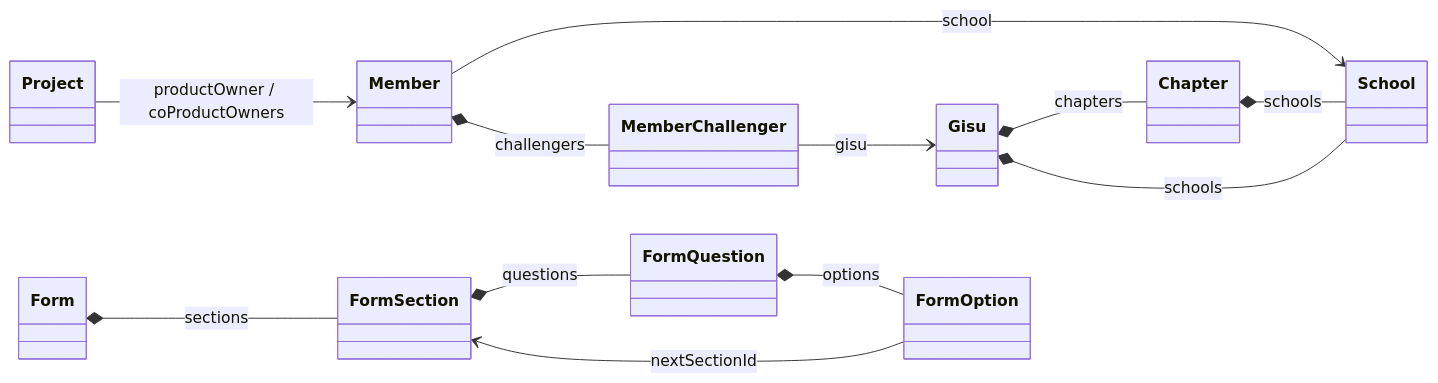
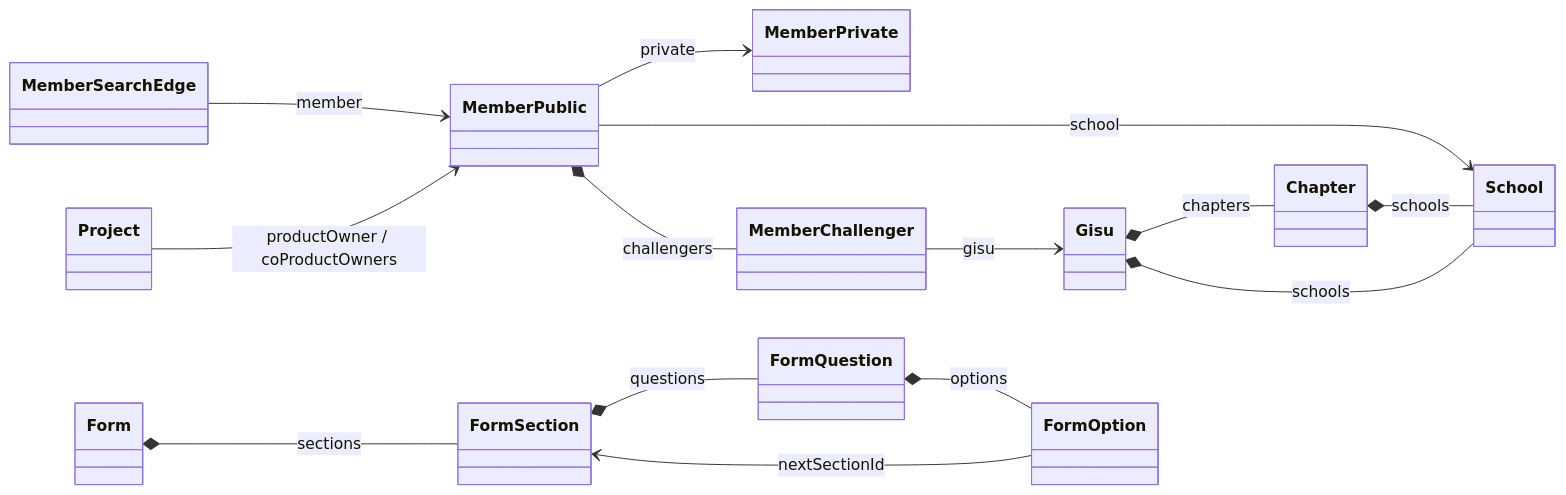
Before and after one commit to UMC-PRODUCT/cygnus-server: the second of 5 diagrams in docs/onboarding/graphql/schema-relationships.md, drawn with Mermaid. The commit also changed other lines of this file and 151 other files, not shown here.

Commit message:
refactor: GraphQL canonical resource 구조 재설계

````diff
--- a/docs/onboarding/graphql/schema-relationships.md
+++ b/docs/onboarding/graphql/schema-relationships.md
@@ -72,27 +72,31 @@
 ```mermaid
 classDiagram
   direction LR
 
-  class Member
+  class MemberPublic
+  class MemberPrivate
+  class MemberSearchEdge
   class MemberChallenger
   class Gisu
   class Chapter
   class School
   class Form
   class FormSection
   class FormQuestion
   class FormOption
   class Project
 
-  Member --> School : school
-  Member *-- MemberChallenger : challengers
+  MemberPublic --> MemberPrivate : private
+  MemberSearchEdge --> MemberPublic : member
+  MemberPublic --> School : school
+  MemberPublic *-- MemberChallenger : challengers
   MemberChallenger --> Gisu : gisu
   Gisu *-- Chapter : chapters
   Gisu *-- School : schools
   Chapter *-- School : schools
   Form *-- FormSection : sections
   FormSection *-- FormQuestion : questions
   FormQuestion *-- FormOption : options
   FormOption --> FormSection : nextSectionId
-  Project --> Member : productOwner / coProductOwners
+  Project --> MemberPublic : productOwner / coProductOwners
 ```
````
